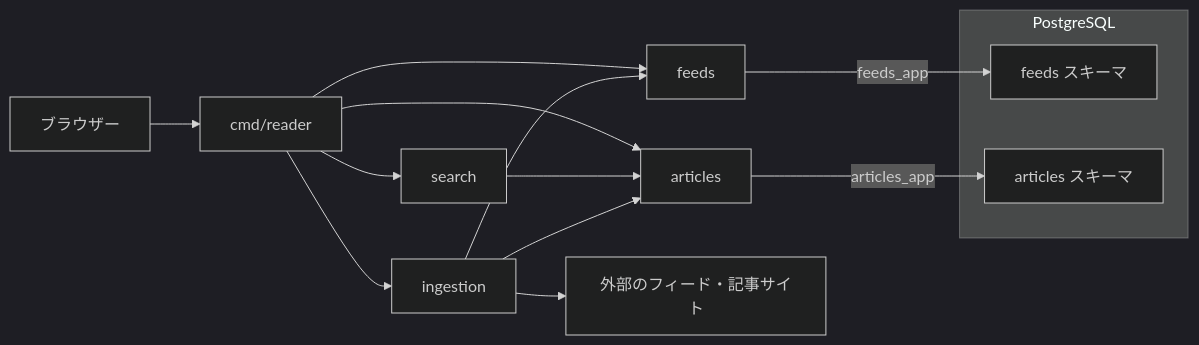
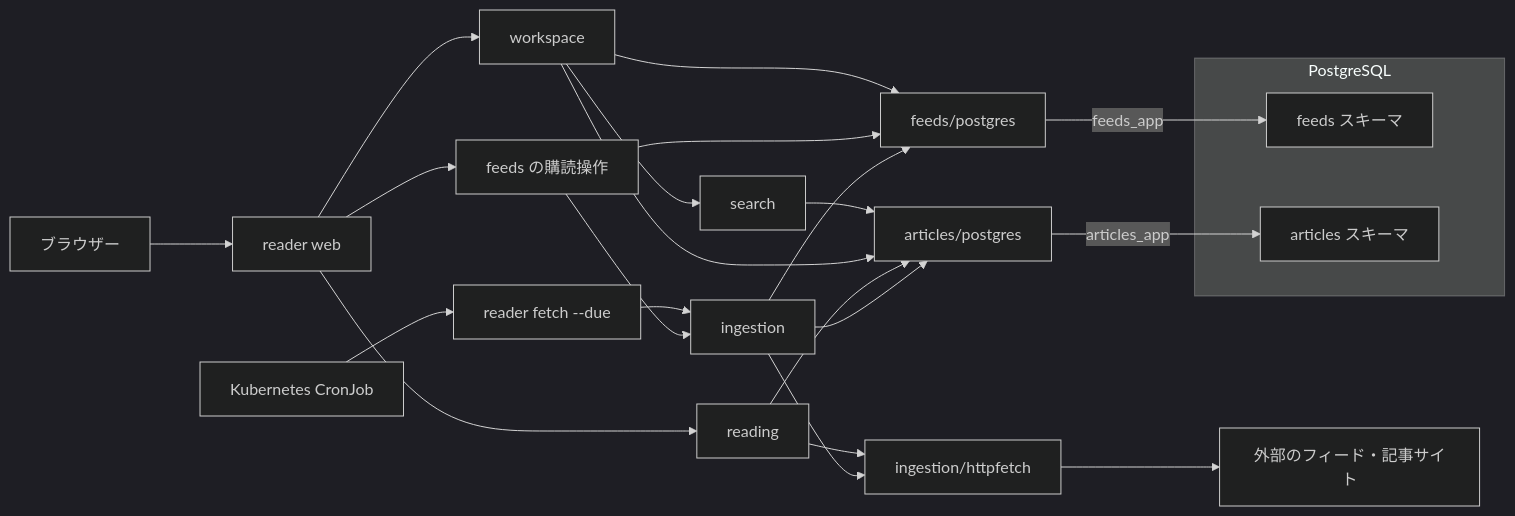
The diagram in docs/codebase-overview.md (otknoy/rss-reader), drawn with Mermaid (dark theme) before and after one commit. The commit also changed other lines of this file and 1 other file, not shown here.

Commit message:
Document the layered architecture

````diff
--- a/docs/codebase-overview.md
+++ b/docs/codebase-overview.md
@@ -13,18 +13,27 @@
 ```mermaid
 flowchart LR
-    browser["ブラウザー"] --> reader["cmd/reader"]
-    reader --> feeds["feeds"]
-    reader --> articles["articles"]
-    reader --> search["search"]
-    reader --> ingestion["ingestion"]
-    search --> articles
-    ingestion --> feeds
-    ingestion --> articles
-    ingestion --> remote["外部のフィード・記事サイト"]
+    browser["ブラウザー"] --> web["reader web"]
+    cron["Kubernetes CronJob"] --> fetch["reader fetch --due"]
+    web --> workspace["workspace"]
+    web --> reading["reading"]
+    web --> subscriptions["feeds の購読操作"]
+    fetch --> ingestion["ingestion"]
+    subscriptions --> ingestion
+    workspace --> search["search"]
+    search --> articlespg["articles/postgres"]
+    workspace --> feedspg["feeds/postgres"]
+    workspace --> articlespg
+    subscriptions --> feedspg
+    reading --> articlespg
+    reading --> httpfetch["ingestion/httpfetch"]
+    ingestion --> feedspg
+    ingestion --> articlespg
+    ingestion --> httpfetch
+    httpfetch --> remote["外部のフィード・記事サイト"]
     subgraph db["PostgreSQL"]
         feedsdb["feeds スキーマ"]
         articlesdb["articles スキーマ"]
     end
-    feeds -->|feeds_app| feedsdb
-    articles -->|articles_app| articlesdb
+    feedspg -->|feeds_app| feedsdb
+    articlespg -->|articles_app| articlesdb
 ```
````
